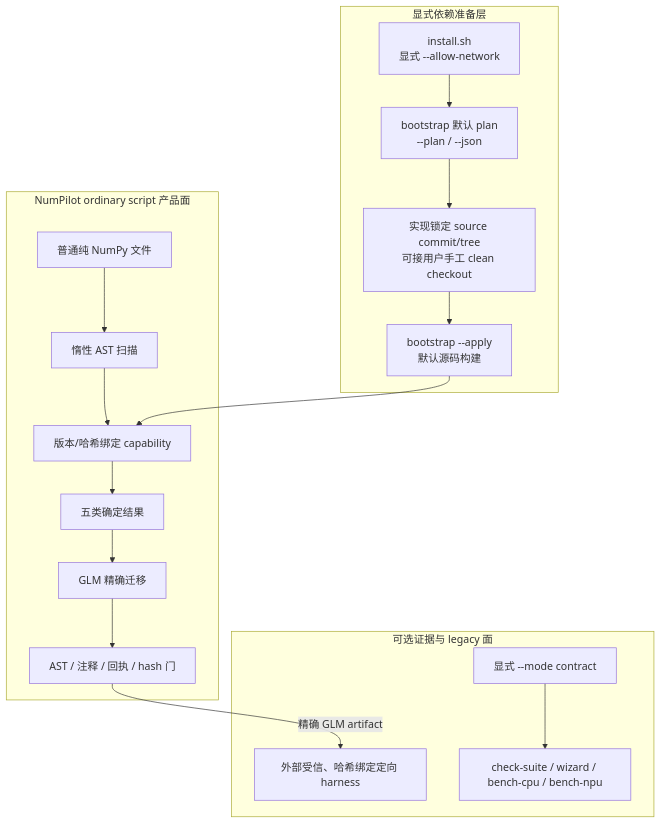
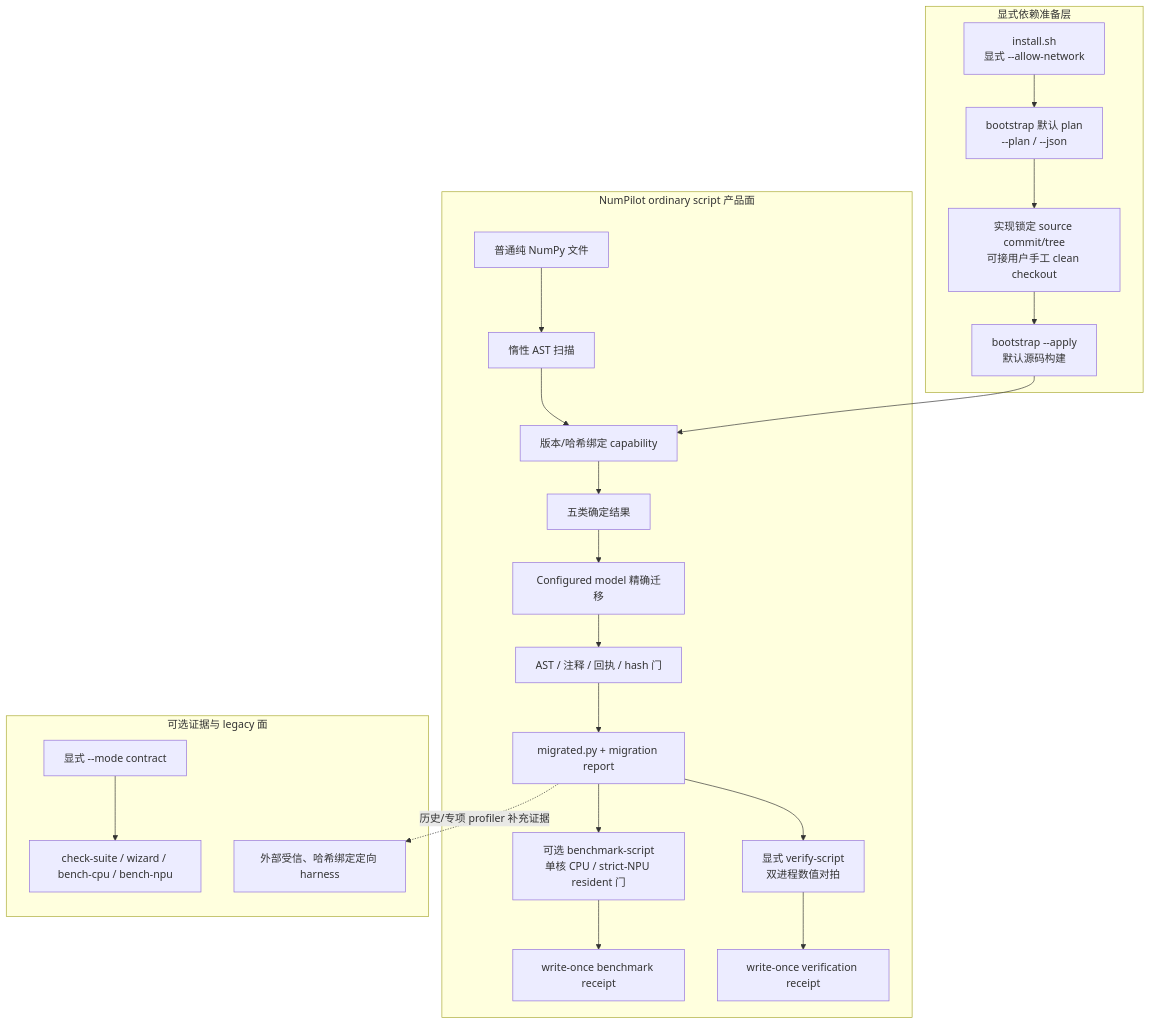
One commit to DEGger21/numpilot changed the first of 2 diagrams in docs/architecture.md. Above: the diagram before and after it, drawn with Mermaid. The commit also changed other lines of this file and 174 other files, not shown here.

Commit message:
feat: harden competition migration and evidence flow

````diff
--- a/docs/architecture.md
+++ b/docs/architecture.md
@@ -15,31 +27,38 @@
 ```mermaid
 flowchart TB
   subgraph Bootstrap[显式依赖准备层]
     INSTALL[install.sh<br/>显式 --allow-network]
     PLAN[bootstrap 默认 plan<br/>--plan / --json]
     LOCK[实现锁定 source commit/tree<br/>可接用户手工 clean checkout]
     APPLY[bootstrap --apply<br/>默认源码构建]
     INSTALL --> PLAN --> LOCK --> APPLY
   end
 
   subgraph Product[NumPilot ordinary script 产品面]
     SRC[普通纯 NumPy 文件]
     SCAN[惰性 AST 扫描]
     CAP[版本/哈希绑定 capability]
     DECIDE[五类确定结果]
-    GLM[GLM 精确迁移]
+    MODEL[Configured model 精确迁移]
     AUDIT[AST / 注释 / 回执 / hash 门]
+    ARTIFACT[migrated.py + migration report]
+    VERIFY[显式 verify-script<br/>双进程数值对拍]
+    VRECEIPT[write-once verification receipt]
+    BENCH[可选 benchmark-script<br/>单核 CPU / strict-NPU resident 门]
+    BRECEIPT[write-once benchmark receipt]
     SRC --> SCAN --> CAP --> DECIDE
-    DECIDE --> GLM --> AUDIT
+    DECIDE --> MODEL --> AUDIT --> ARTIFACT
+    ARTIFACT --> VERIFY --> VRECEIPT
+    ARTIFACT --> BENCH --> BRECEIPT
   end
 
   subgraph Optional[可选证据与 legacy 面]
     HARNESS[外部受信、哈希绑定定向 harness]
     CONTRACT[显式 --mode contract]
     TOOLS[check-suite / wizard / bench-cpu / bench-npu]
     CONTRACT --> TOOLS
   end
 
   APPLY --> CAP
-  AUDIT -->|精确 GLM artifact| HARNESS
+  ARTIFACT -.->|历史/专项 profiler 补充证据| HARNESS
 ```
````
